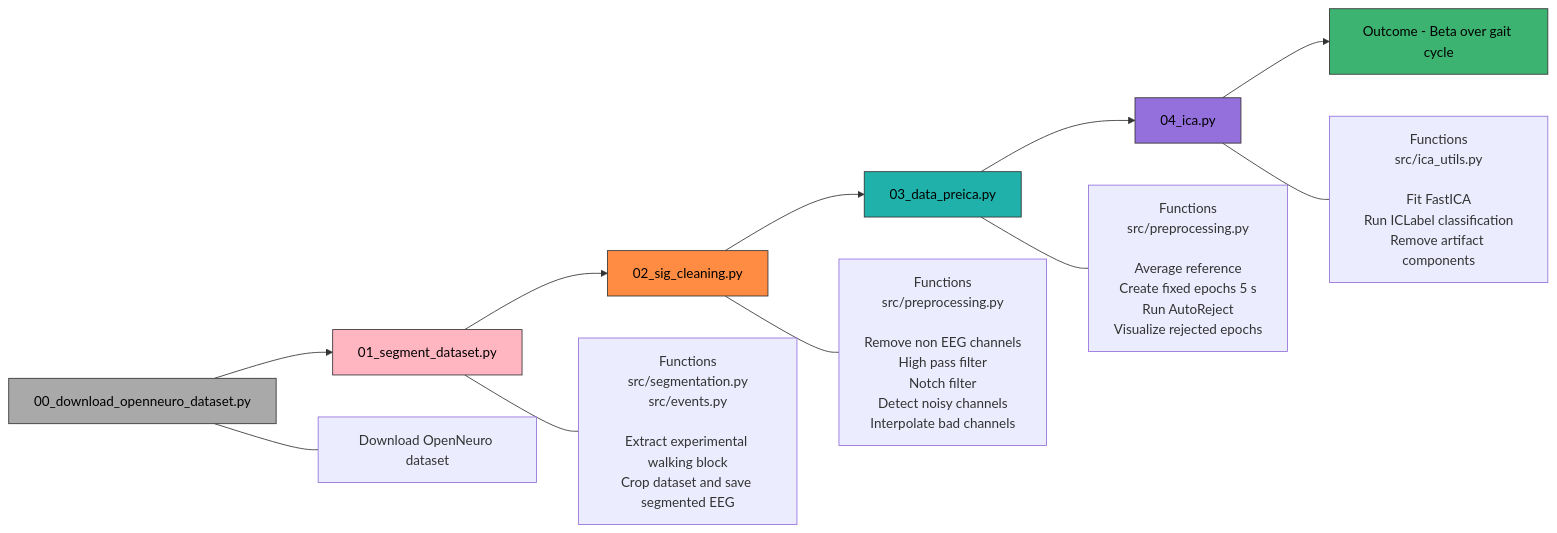
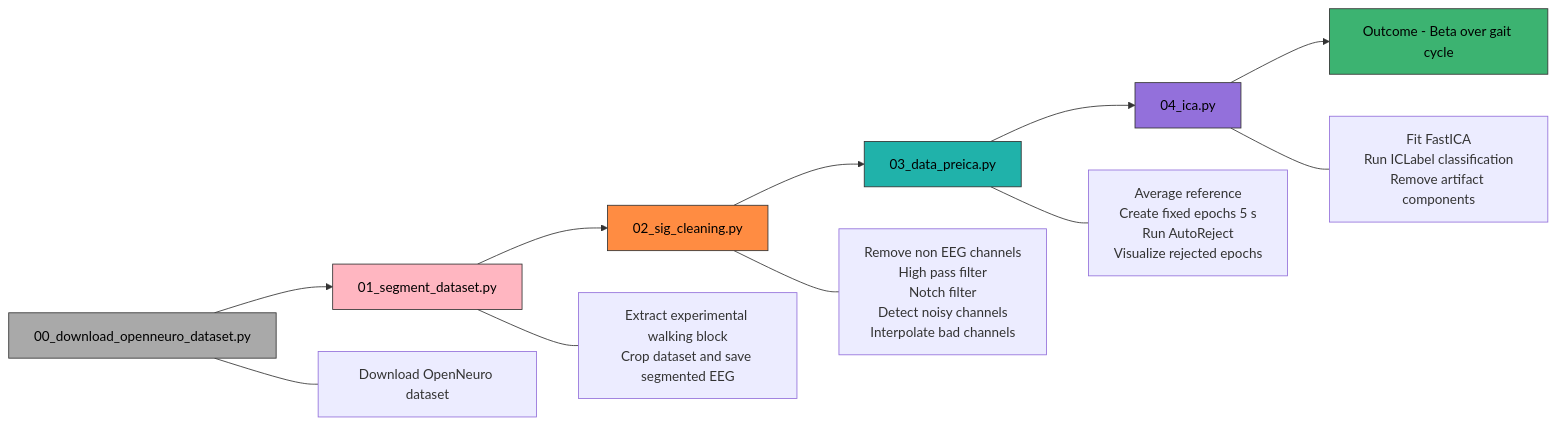
The first of 3 diagrams in readme.md (vaishvd/betaGaitMultiverse), drawn with Mermaid before and after one commit. The commit also changed other lines of this file, not shown here.

Commit message:
Update readme.md with pipeline flowchart and timeline

````diff
--- a/readme.md
+++ b/readme.md
@@ -87,33 +87,33 @@
 ```mermaid
 flowchart LR
 
 A["00_download_openneuro_dataset.py"]
 B["01_segment_dataset.py"]
 C["02_sig_cleaning.py"]
 D["03_data_preica.py"]
 E["04_ica.py"]
 F["Outcome - Beta over gait cycle"]
 
 A --> B --> C --> D --> E --> F
 
 %% Descriptions
 A_note["Download OpenNeuro dataset"]
-B_note["Functions<br/>src/segmentation.py<br/>src/events.py<br/><br/>Extract experimental walking block<br/>Crop dataset and save segmented EEG"]
-C_note["Functions<br/>src/preprocessing.py<br/><br/>Remove non EEG channels<br/>High pass filter<br/>Notch filter<br/>Detect noisy channels<br/>Interpolate bad channels"]
-D_note["Functions<br/>src/preprocessing.py<br/><br/>Average reference<br/>Create fixed epochs 5 s<br/>Run AutoReject<br/>Visualize rejected epochs"]
-E_note["Functions<br/>src/ica_utils.py<br/><br/>Fit FastICA<br/>Run ICLabel classification<br/>Remove artifact components"]
+B_note["Extract experimental walking block<br/>Crop dataset and save segmented EEG"]
+C_note["Remove non EEG channels<br/>High pass filter<br/>Notch filter<br/>Detect noisy channels<br/>Interpolate bad channels"]
+D_note["Average reference<br/>Create fixed epochs 5 s<br/>Run AutoReject<br/>Visualize rejected epochs"]
+E_note["Fit FastICA<br/>Run ICLabel classification<br/>Remove artifact components"]
 
 A --- A_note
 B --- B_note
 C --- C_note
 D --- D_note
 E --- E_note
 
 %% Colors
 style A fill:#A9A9A9,stroke:#333,color:#000
 style B fill:#FFB6C1,stroke:#333,color:#000
 style C fill:#FF8C42,stroke:#333,color:#000
 style D fill:#20B2AA,stroke:#333,color:#000
 style E fill:#9370DB,stroke:#333,color:#000
 style F fill:#3CB371,stroke:#333,color:#000
 ```
````
